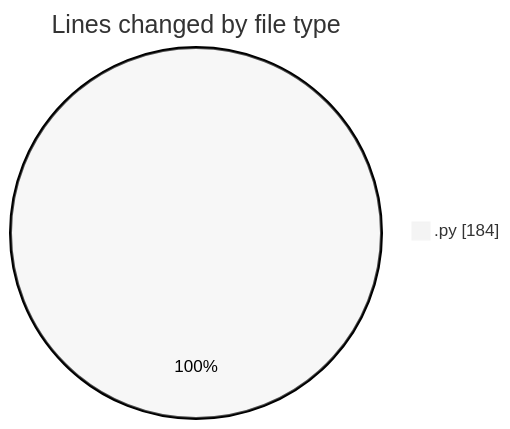
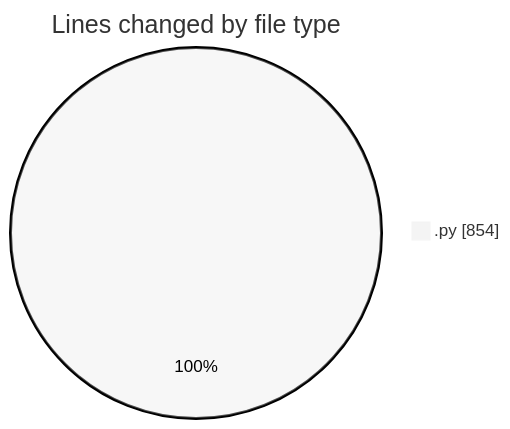
One commit to Ritupan-Deka/code-tracking changed the first of 2 diagrams in 2025-05-26/zip_file/README.md. Above: the diagram before and after it, drawn with Mermaid (neutral theme). The commit also changed other lines of this file and 1 other file, not shown here.

````diff
--- a/2025-05-26/zip_file/README.md
+++ b/2025-05-26/zip_file/README.md
@@ -20,5 +21,5 @@
 ```mermaid
 pie showData
 title Lines changed by file type
-".py" : 184
+".py" : 854
 ```
````
